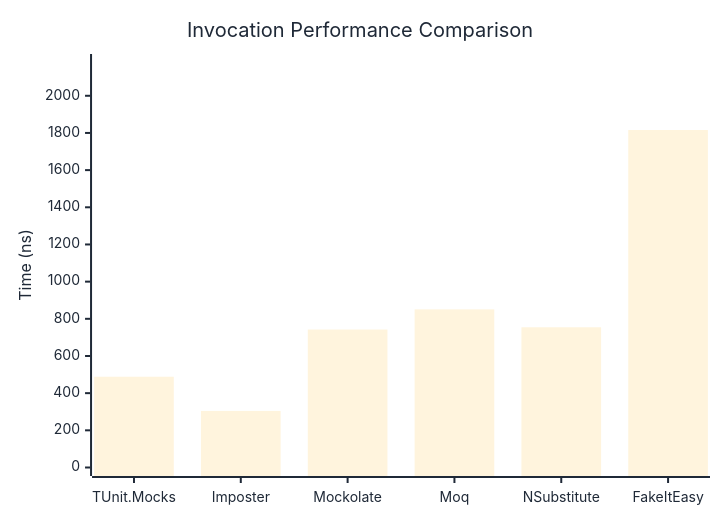
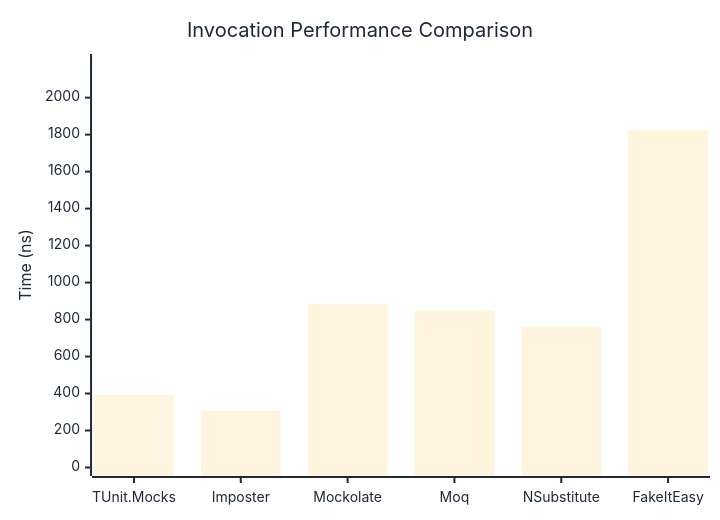
The first of 3 diagrams in docs/docs/benchmarks/mocks/Invocation.md (thomhurst/TUnit), drawn with Mermaid before and after one commit. The commit also changed other lines of this file and 14 other files, not shown here.

````diff
--- a/docs/docs/benchmarks/mocks/Invocation.md
+++ b/docs/docs/benchmarks/mocks/Invocation.md
@@ -28,27 +28,27 @@
 ```mermaid
 %%{init: {
   'theme':'base',
   'themeVariables': {
     'primaryColor': '#2563eb',
     'primaryTextColor': '#1f2937',
     'primaryBorderColor': '#1e40af',
     'lineColor': '#6b7280',
     'secondaryColor': '#7c3aed',
     'tertiaryColor': '#dc2626',
     'background': '#ffffff',
     'pie1': '#2563eb',
     'pie2': '#7c3aed',
     'pie3': '#dc2626',
     'pie4': '#f59e0b',
     'pie5': '#10b981',
     'pie6': '#06b6d4',
     'pie7': '#ec4899',
     'pie8': '#6366f1'
   }
 }}%%
 xychart-beta
   title "Invocation Performance Comparison"
   x-axis ["TUnit.Mocks", "Imposter", "Mockolate", "Moq", "NSubstitute", "FakeItEasy"]
-  y-axis "Time (ns)" 0 --> 2179
-  bar [488.4, 304.4, 742.3, 850.8, 754.4, 1815.7]
+  y-axis "Time (ns)" 0 --> 2190
+  bar [392.6, 304.7, 885.6, 849.4, 761.2, 1824.7]
 ```
````
